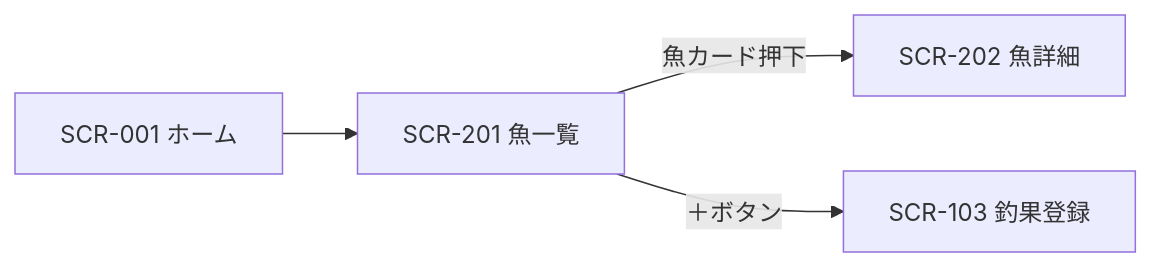
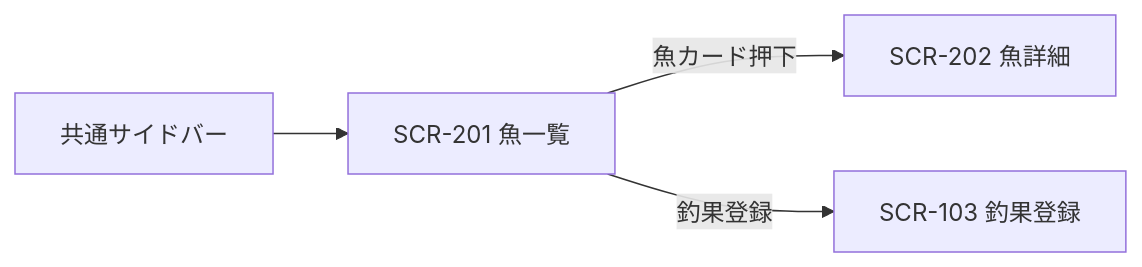
One commit to SerioFishingMap/SerioFishingMap changed the diagram in 設計/画面/SCR-201-fish-list.md. Above: the diagram before and after it, drawn with Mermaid. The commit also changed other lines of this file, not shown here.

Commit message:
SCR-201 魚一覧画面の設計書を更新し、概要やレイアウトを明確化。デザインカンプのURLを修正し、画面項目やアクションを整理。戻るボタンを削除し、ローディング状態を追加。

````diff
--- a/設計/画面/SCR-201-fish-list.md
+++ b/設計/画面/SCR-201-fish-list.md
@@ -111,6 +80,6 @@
 ```mermaid
 flowchart LR
-    SCR_001["SCR-001 ホーム"] --> SCR_201["SCR-201 魚一覧"]
+    NAV["共通サイドバー"] --> SCR_201["SCR-201 魚一覧"]
     SCR_201 -->|"魚カード押下"| SCR_202["SCR-202 魚詳細"]
-    SCR_201 -->|"＋ボタン"| SCR_103["SCR-103 釣果登録"]
+    SCR_201 -->|"釣果登録"| SCR_103["SCR-103 釣果登録"]
 ```
````
